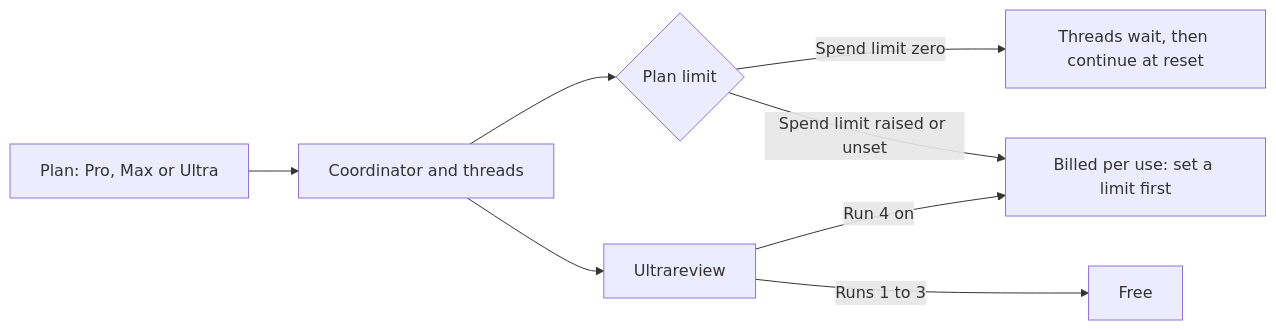
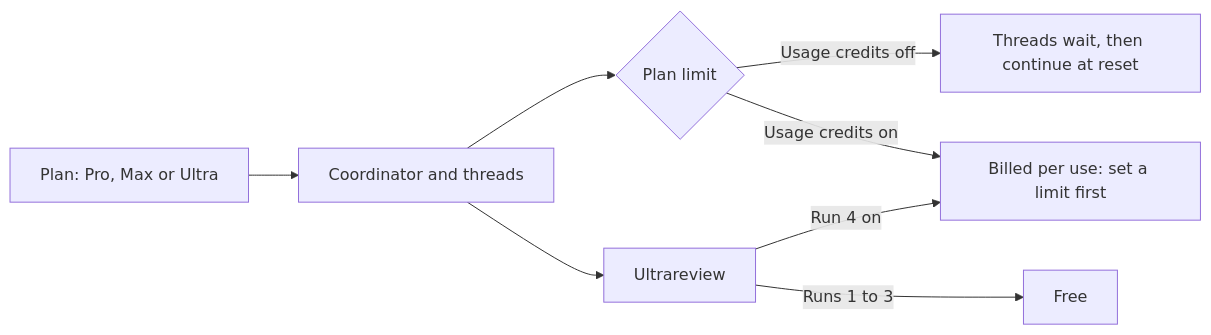
The diagram in docs/claude-code-projects-spend.md (SoulCraft-Org/compute-crafter), drawn with Mermaid before and after one commit. The commit also changed other lines of this file and 2 other files, not shown here.

First line of the commit message:
Fix review findings: keep the credits row consistent, lock the new workflow, describe the re-read exactly

````diff
--- a/docs/claude-code-projects-spend.md
+++ b/docs/claude-code-projects-spend.md
@@ -5,10 +5,10 @@
 ```mermaid
 flowchart LR
   P[Plan: Pro, Max or Ultra] --> T[Coordinator and threads]
   T --> L{Plan limit}
-  L -->|Spend limit zero| W[Threads wait, then continue at reset]
-  L -->|Spend limit raised or unset| B[Billed per use: set a limit first]
+  L -->|Usage credits off| W[Threads wait, then continue at reset]
+  L -->|Usage credits on| B[Billed per use: set a limit first]
   T --> U[Ultrareview]
   U -->|Runs 1 to 3| F[Free]
   U -->|Run 4 on| B
 ```
````
